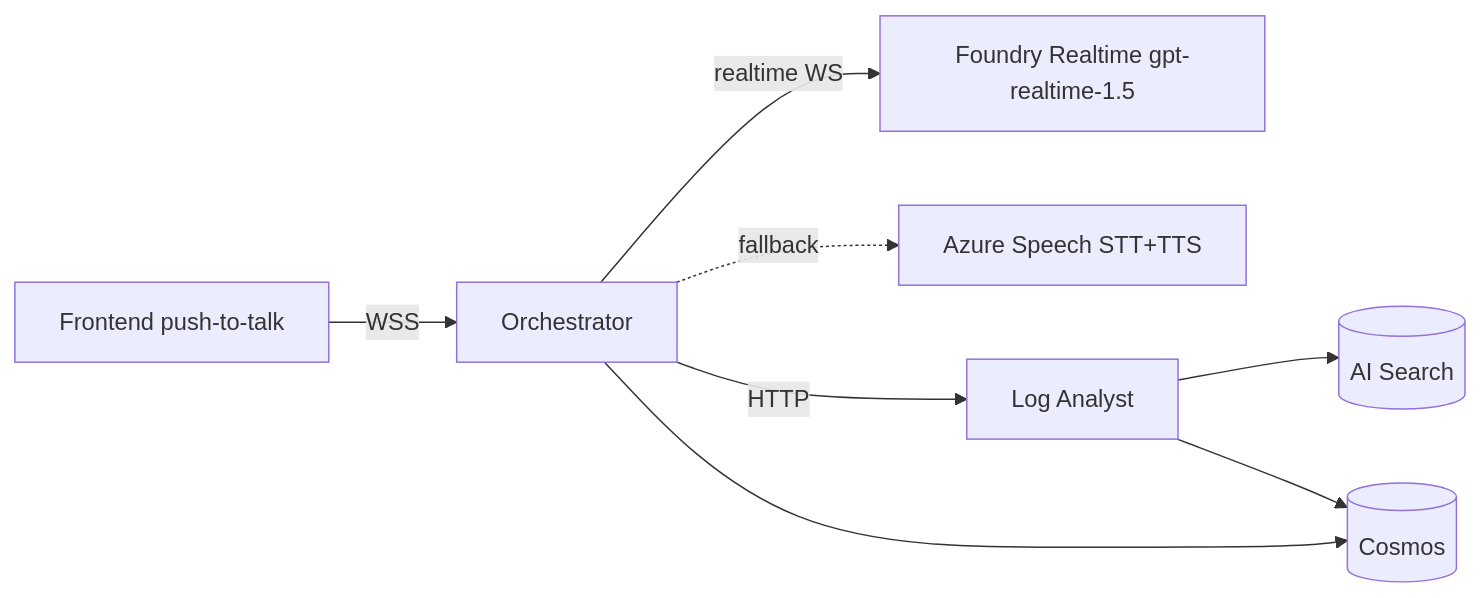
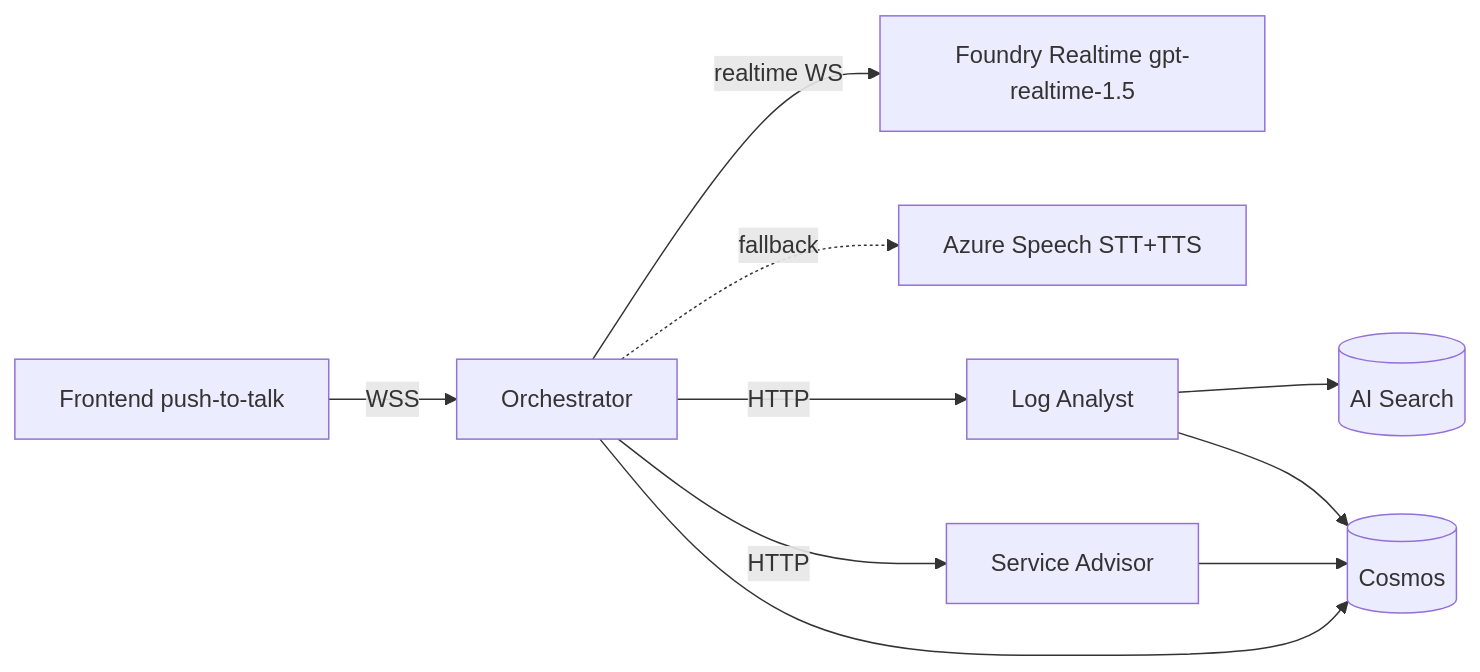
The diagram in docs/architecture.md (DaleStewart/crosstown-app-base), drawn with Mermaid before and after one commit. The commit also changed other lines of this file and 1 other file, not shown here.

First line of the commit message:
docs: refresh README + architecture with polished look & feel (#63)

````diff
--- a/docs/architecture.md
+++ b/docs/architecture.md
@@ -32,10 +37,12 @@
 ```mermaid
 flowchart LR
   FE[Frontend push-to-talk] -- WSS --> ORC[Orchestrator]
   ORC -- realtime WS --> FRT[Foundry Realtime gpt-realtime-1.5]
   ORC -. fallback .-> SPC[Azure Speech STT+TTS]
   ORC -- HTTP --> LA[Log Analyst]
+  ORC -- HTTP --> SA[Service Advisor]
   LA --> SRCH[(AI Search)]
   LA --> COS[(Cosmos)]
+  SA --> COS
   ORC --> COS
 ```
````
